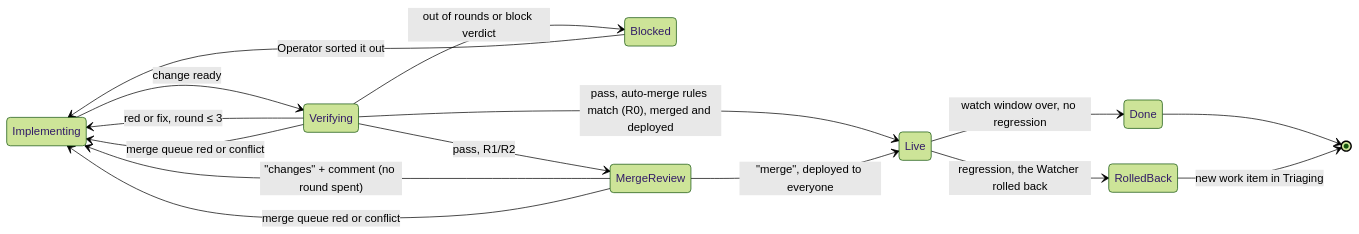
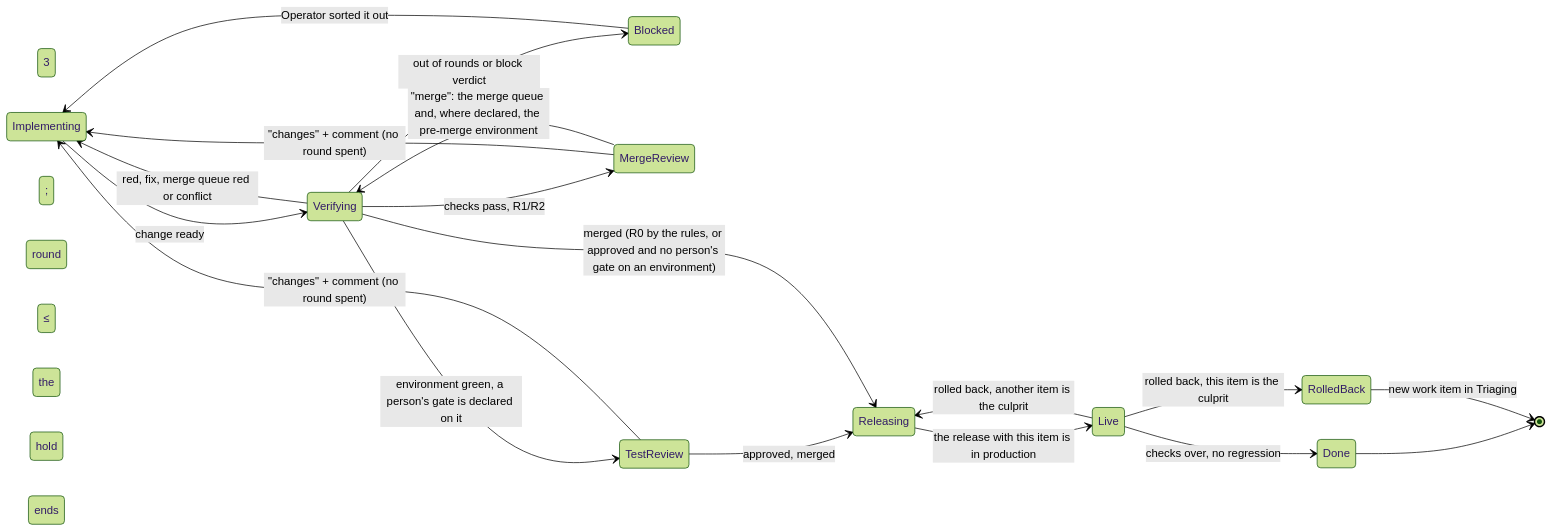
The second of 2 diagrams in docs/states.md (redikultsev/agentic-sdlc-atlas), drawn with Mermaid (forest theme) before and after one commit. The commit also changed other lines of this file and 25 other files, not shown here.

````diff
--- a/docs/states.md
+++ b/docs/states.md
@@ -28,18 +28,21 @@
 ```mermaid
 stateDiagram-v2
   direction LR
   Implementing --> Verifying: change ready
-  Verifying --> Implementing: red or fix, round ≤ 3
+  Verifying --> Implementing: red, fix, merge queue red or conflict; round ≤ 3
   Verifying --> Blocked: out of rounds or block verdict
-  Verifying --> Live: pass, auto-merge rules match (R0), merged and deployed
-  Verifying --> MergeReview: pass, R1/R2
+  Verifying --> MergeReview: checks pass, R1/R2
   MergeReview --> Implementing: "changes" + comment (no round spent)
-  MergeReview --> Live: "merge", deployed to everyone
-  Verifying --> Implementing: merge queue red or conflict
-  MergeReview --> Implementing: merge queue red or conflict
-  Live --> Done: watch window over, no regression
-  Live --> RolledBack: regression, the Watcher rolled back
+  MergeReview --> Verifying: "merge": the merge queue and, where declared, the pre-merge environment
+  Verifying --> TestReview: environment green, a person's gate is declared on it
+  TestReview --> Implementing: "changes" + comment (no round spent); the hold ends
+  TestReview --> Releasing: approved, merged
+  Verifying --> Releasing: merged (R0 by the rules, or approved and no person's gate on an environment)
+  Releasing --> Live: the release with this item is in production
+  Live --> Done: checks over, no regression
+  Live --> RolledBack: rolled back, this item is the culprit
+  Live --> Releasing: rolled back, another item is the culprit
   Blocked --> Implementing: Operator sorted it out
   Done --> [*]
   RolledBack --> [*]: new work item in Triaging
 ```
````
